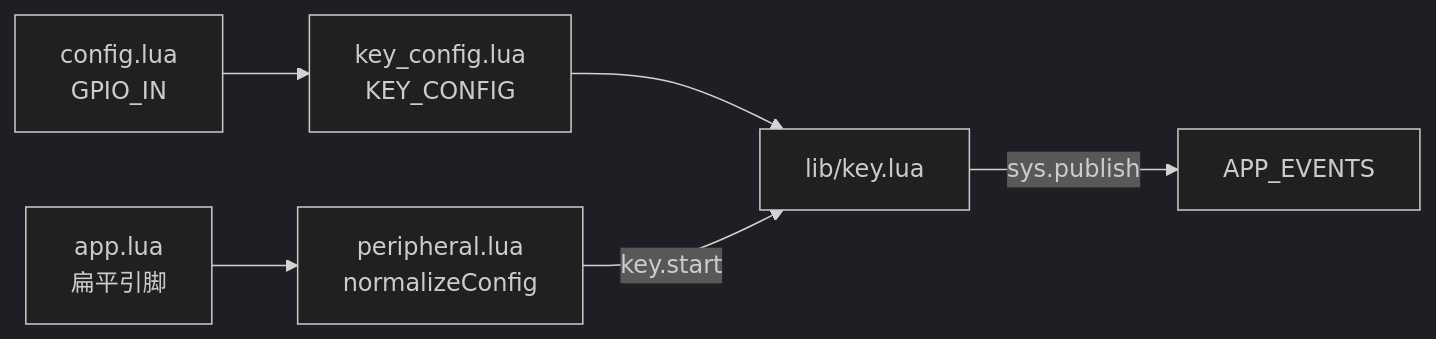
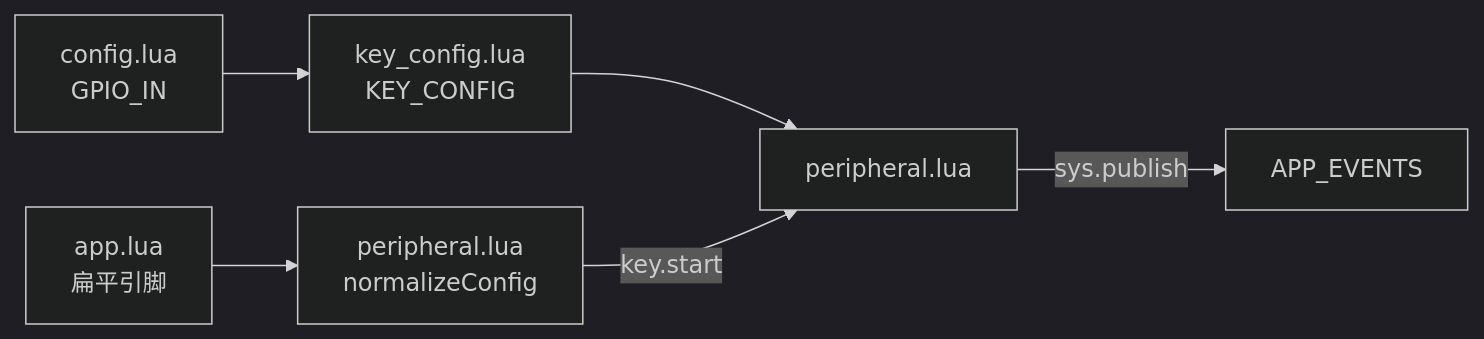
One commit to dzr1986/AIR780EHM changed the diagram in doc/KEY_GPIO.md. Above: the diagram before and after it, drawn with Mermaid (dark theme). The commit also changed other lines of this file and 80 other files, not shown here.

````diff
--- a/doc/KEY_GPIO.md
+++ b/doc/KEY_GPIO.md
@@ -11,14 +11,14 @@
 ```mermaid
 flowchart LR
     CFG[key_config.lua<br/>KEY_CONFIG]
     PIN[config.lua<br/>GPIO_IN]
     PIN --> CFG
     APP[app.lua<br/>扁平引脚]
     PER[peripheral.lua<br/>normalizeConfig]
-    KEY[lib/key.lua]
+    KEY[peripheral.lua]
     EVT[APP_EVENTS]
     APP --> PER
     CFG --> KEY
     PER -->|key.start| KEY
     KEY -->|sys.publish| EVT
 ```
````
